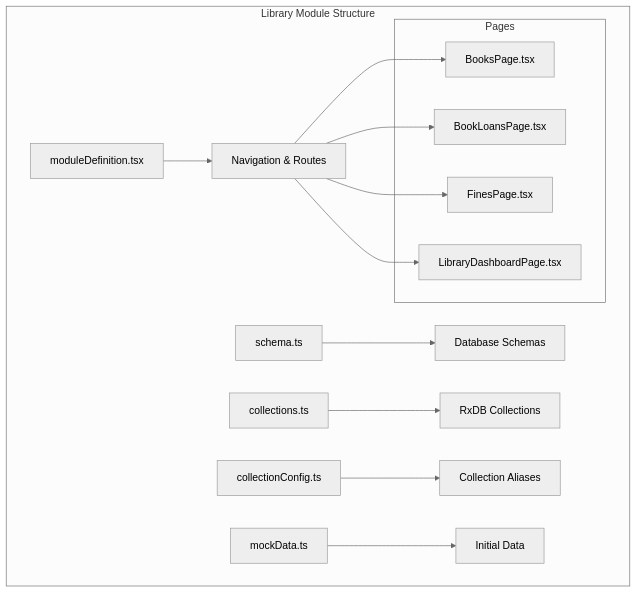
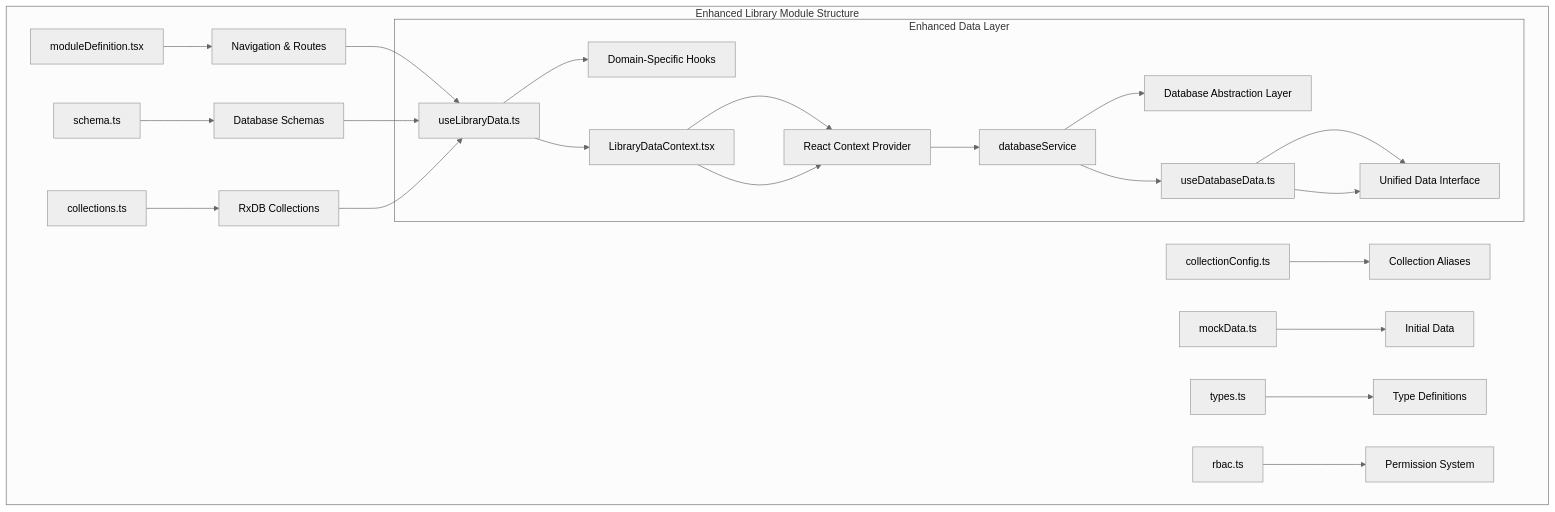
One commit to geniusdynamics/schoolpilot changed the first of 8 diagrams in .qoder/repowiki/en/content/Modules System/Library Module.md. Above: the diagram before and after it, drawn with Mermaid (neutral theme). The commit also changed other lines of this file and 16 other files, not shown here.

````diff
--- a/.qoder/repowiki/en/content/Modules System/Library Module.md
+++ b/.qoder/repowiki/en/content/Modules System/Library Module.md
@@ -34,20 +47,26 @@
 ```mermaid
 graph TB
-subgraph "Library Module Structure"
+subgraph "Enhanced Library Module Structure"
 A[moduleDefinition.tsx] --> B[Navigation & Routes]
 C[schema.ts] --> D[Database Schemas]
 E[collections.ts] --> F[RxDB Collections]
 G[collectionConfig.ts] --> H[Collection Aliases]
 I[mockData.ts] --> J[Initial Data]
-subgraph "Pages"
-K[BooksPage.tsx]
-L[BookLoansPage.tsx]
-M[FinesPage.tsx]
-N[LibraryDashboardPage.tsx]
+K[types.ts] --> L[Type Definitions]
+M[rbac.ts] --> N[Permission System]
+subgraph "Enhanced Data Layer"
+O[useLibraryData.ts] --> P[Domain-Specific Hooks]
+Q[LibraryDataContext.tsx] --> R[React Context Provider]
+S[databaseService] --> T[Database Abstraction Layer]
+U[useDatabaseData.ts] --> V[Unified Data Interface]
 end
-B --> K
-B --> L
-B --> M
-B --> N
+B --> O
+D --> O
+F --> O
+O --> Q
+Q --> R
+R --> S
+S --> U
+U --> V
 end
 ```
````
